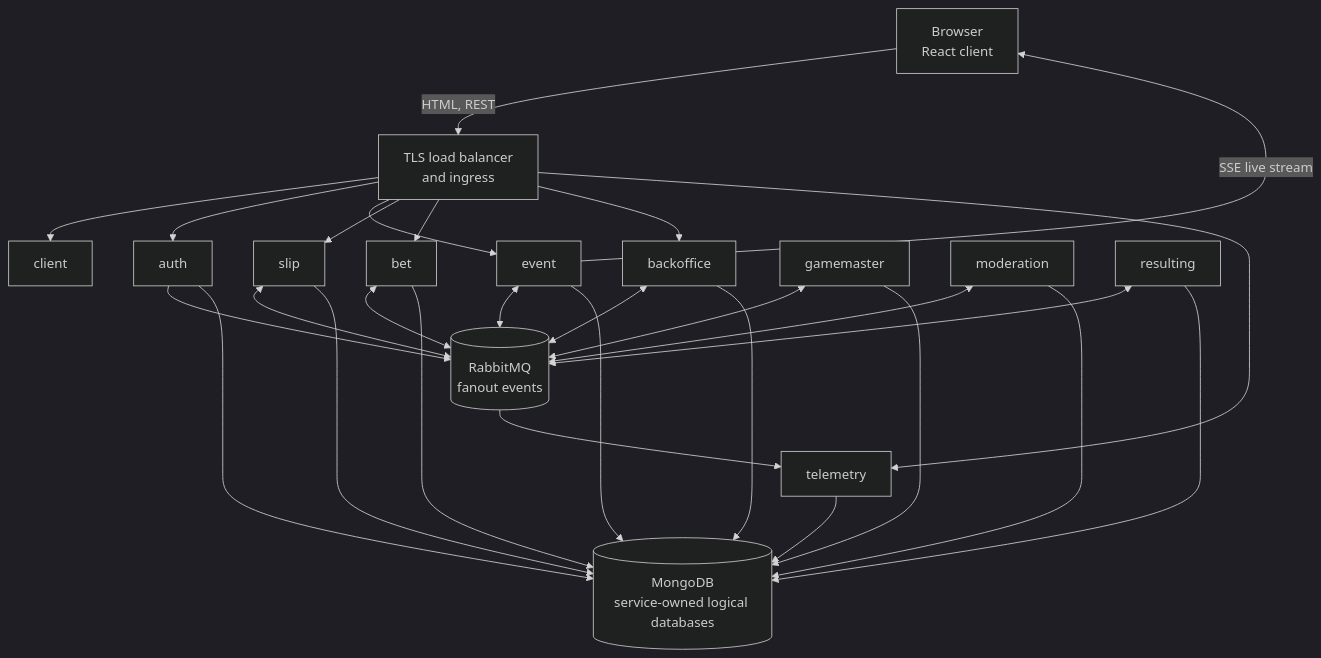
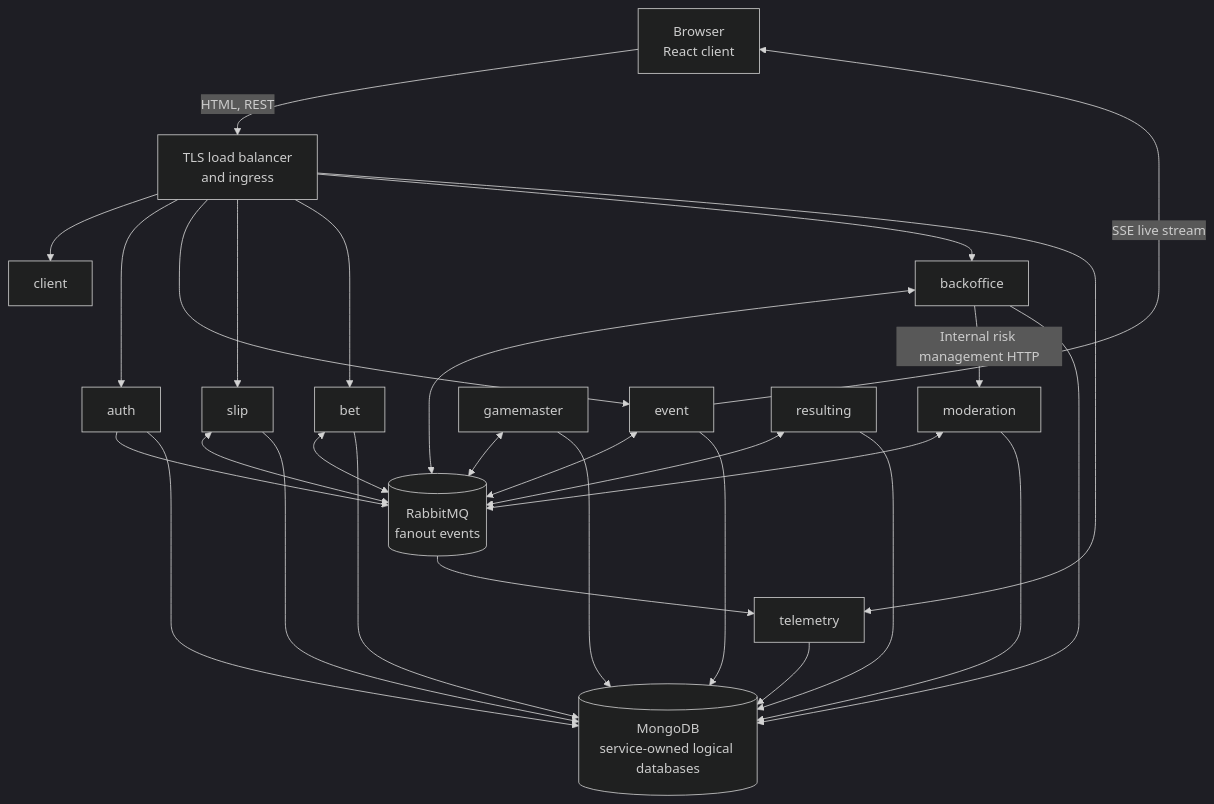
Before and after one commit to vasilyevstan/betstan: the first of 2 diagrams in docs/wiki/Architecture.md, drawn with Mermaid (dark theme). The commit also changed other lines of this file and 122 other files, not shown here.

````diff
--- a/docs/wiki/Architecture.md
+++ b/docs/wiki/Architecture.md
@@ -23,38 +23,39 @@
 ```mermaid
 flowchart TB
     Browser["Browser<br/>React client"]
     Edge["TLS load balancer<br/>and ingress"]
 
     Browser -->|HTML, REST| Edge
     Edge --> Client["client"]
     Edge --> Auth["auth"]
     Edge --> Event["event"]
     Edge --> Slip["slip"]
     Edge --> Bet["bet"]
     Edge --> Backoffice["backoffice"]
     Edge --> Telemetry["telemetry"]
     Event -->|SSE live stream| Browser
 
     Broker[("RabbitMQ<br/>fanout events")]
     Mongo[("MongoDB<br/>service-owned logical databases")]
 
     Auth --> Broker
     Event <--> Broker
     Slip <--> Broker
     Bet <--> Broker
     Backoffice <--> Broker
     Gamemaster["gamemaster"] <--> Broker
     Moderation["moderation"] <--> Broker
     Resulting["resulting"] <--> Broker
     Broker --> Telemetry
+    Backoffice -->|Internal risk management HTTP| Moderation
 
     Auth --> Mongo
     Event --> Mongo
     Slip --> Mongo
     Bet --> Mongo
     Backoffice --> Mongo
     Gamemaster --> Mongo
     Moderation --> Mongo
     Resulting --> Mongo
     Telemetry --> Mongo
 ```
````
